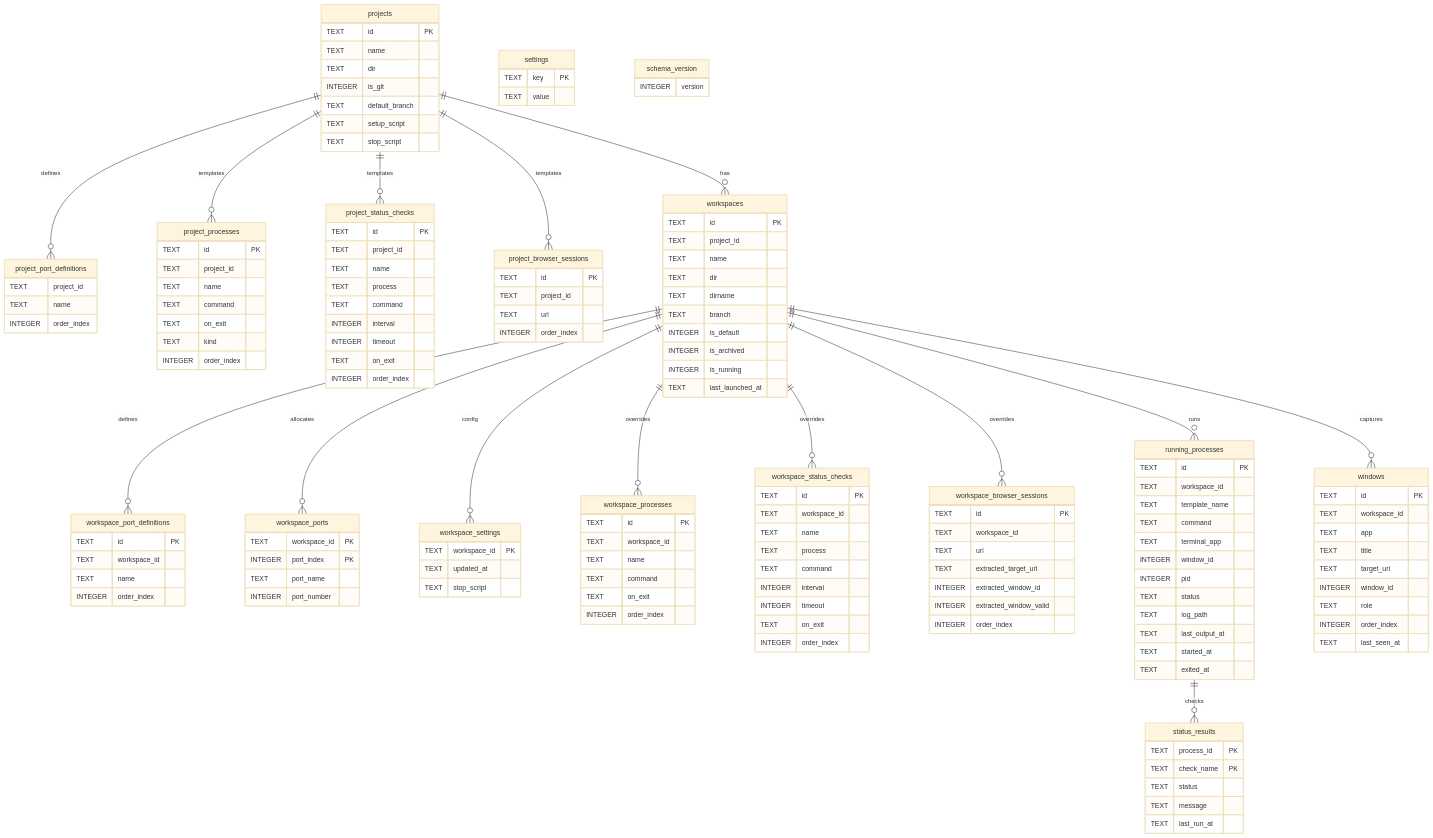
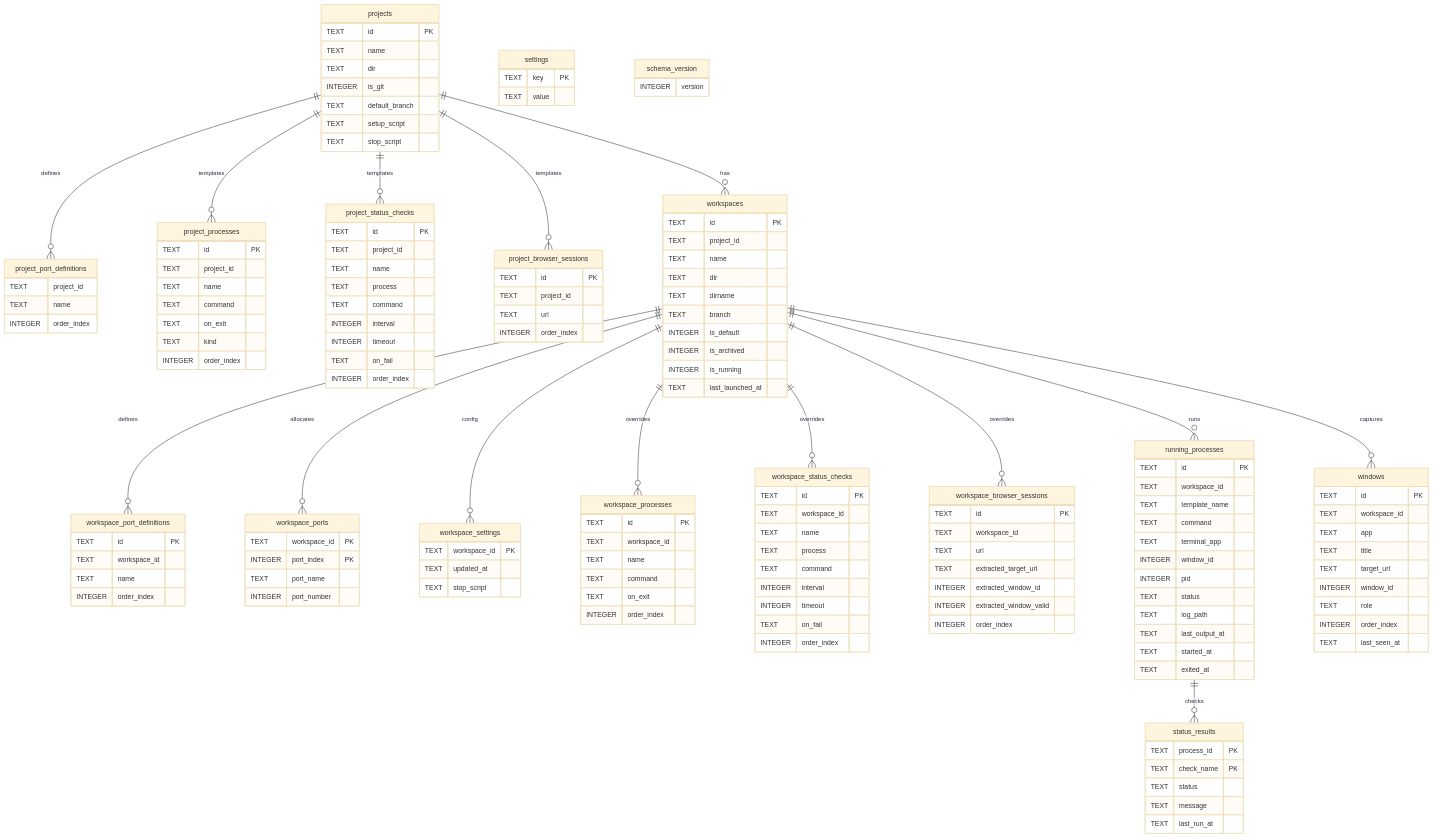
One commit to yogesh-dhande/spaces changed the second of 5 diagrams in apps/macos/docs/architecture.md. Above: the diagram before and after it, drawn with Mermaid (base theme). The commit also changed other lines of this file and 13 other files, not shown here.

Commit message:
Rename StatusCheckOnExit to ProcessExitAction and OnFailAction, update status check on-exit to on-fail parameter

```diff
--- a/apps/macos/docs/architecture.md
+++ b/apps/macos/docs/architecture.md
@@ -148,7 +148,7 @@
     TEXT command
     INTEGER interval
     INTEGER timeout
-    TEXT on_exit
+    TEXT on_fail
     INTEGER order_index
   }
 
@@ -209,7 +209,7 @@
     TEXT command
     INTEGER interval
     INTEGER timeout
-    TEXT on_exit
+    TEXT on_fail
     INTEGER order_index
   }
 
```
